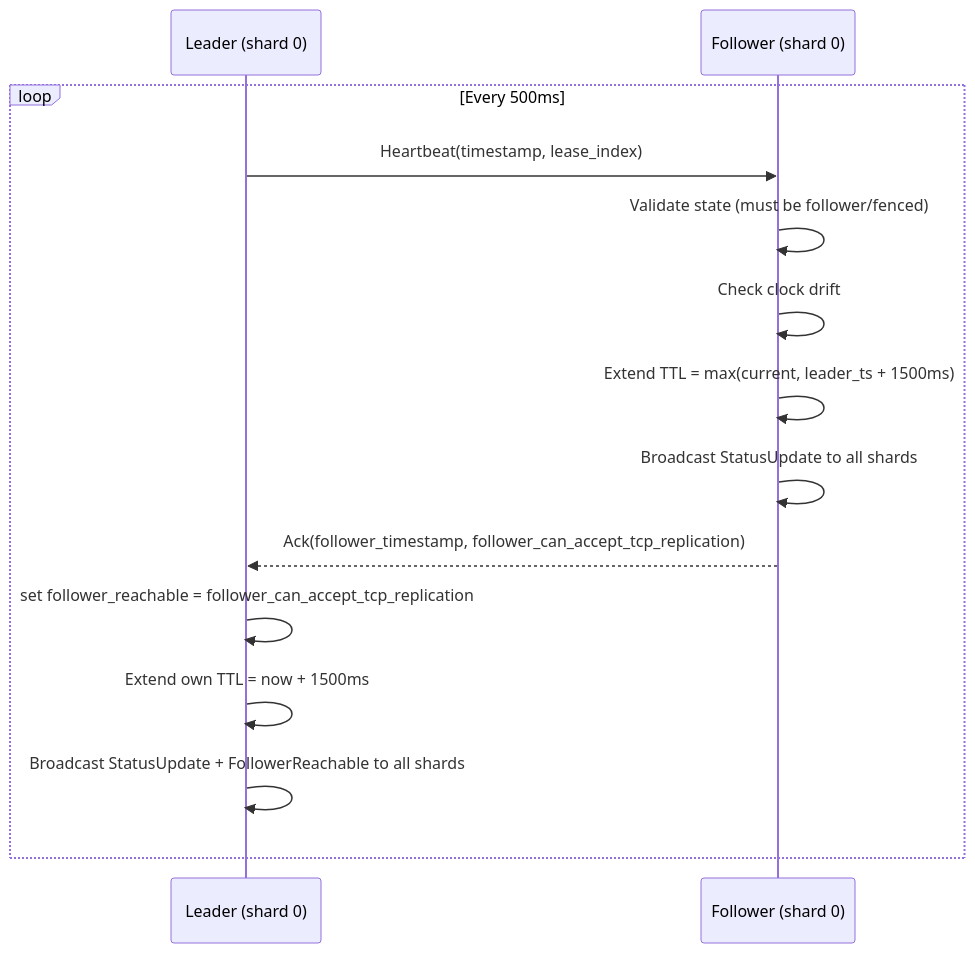
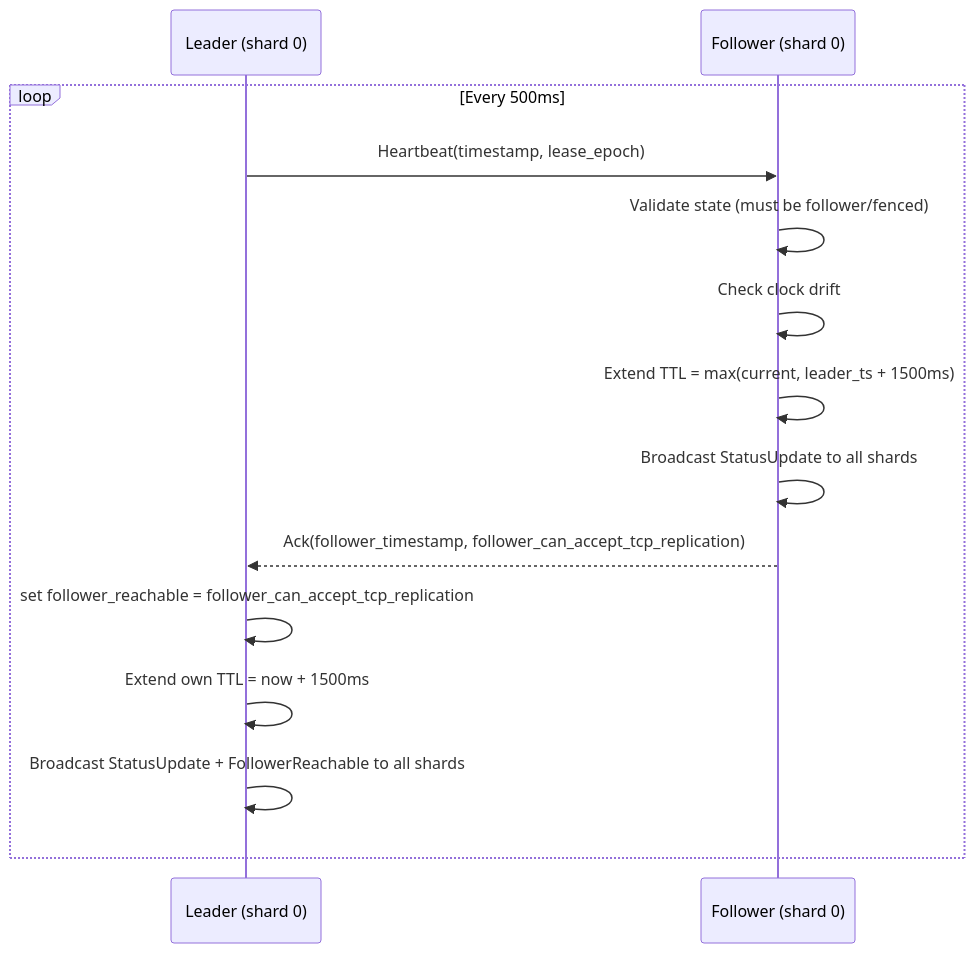
The second of 12 diagrams in docs/leadership-replication-design.md (celeriant/celeriant-db), drawn with Mermaid before and after one commit. The commit also changed other lines of this file and 197 other files, not shown here.

````diff
--- a/docs/leadership-replication-design.md
+++ b/docs/leadership-replication-design.md
@@ -129,17 +129,17 @@
 ```mermaid
 sequenceDiagram
     participant L as Leader (shard 0)
     participant F as Follower (shard 0)
 
     loop Every 500ms
-        L->>F: Heartbeat(timestamp, lease_index)
+        L->>F: Heartbeat(timestamp, lease_epoch)
         F->>F: Validate state (must be follower/fenced)
         F->>F: Check clock drift
         F->>F: Extend TTL = max(current, leader_ts + 1500ms)
         F->>F: Broadcast StatusUpdate to all shards
         F-->>L: Ack(follower_timestamp, follower_can_accept_tcp_replication)
         L->>L: set follower_reachable = follower_can_accept_tcp_replication
         L->>L: Extend own TTL = now + 1500ms
         L->>L: Broadcast StatusUpdate + FollowerReachable to all shards
     end
 ```
````
